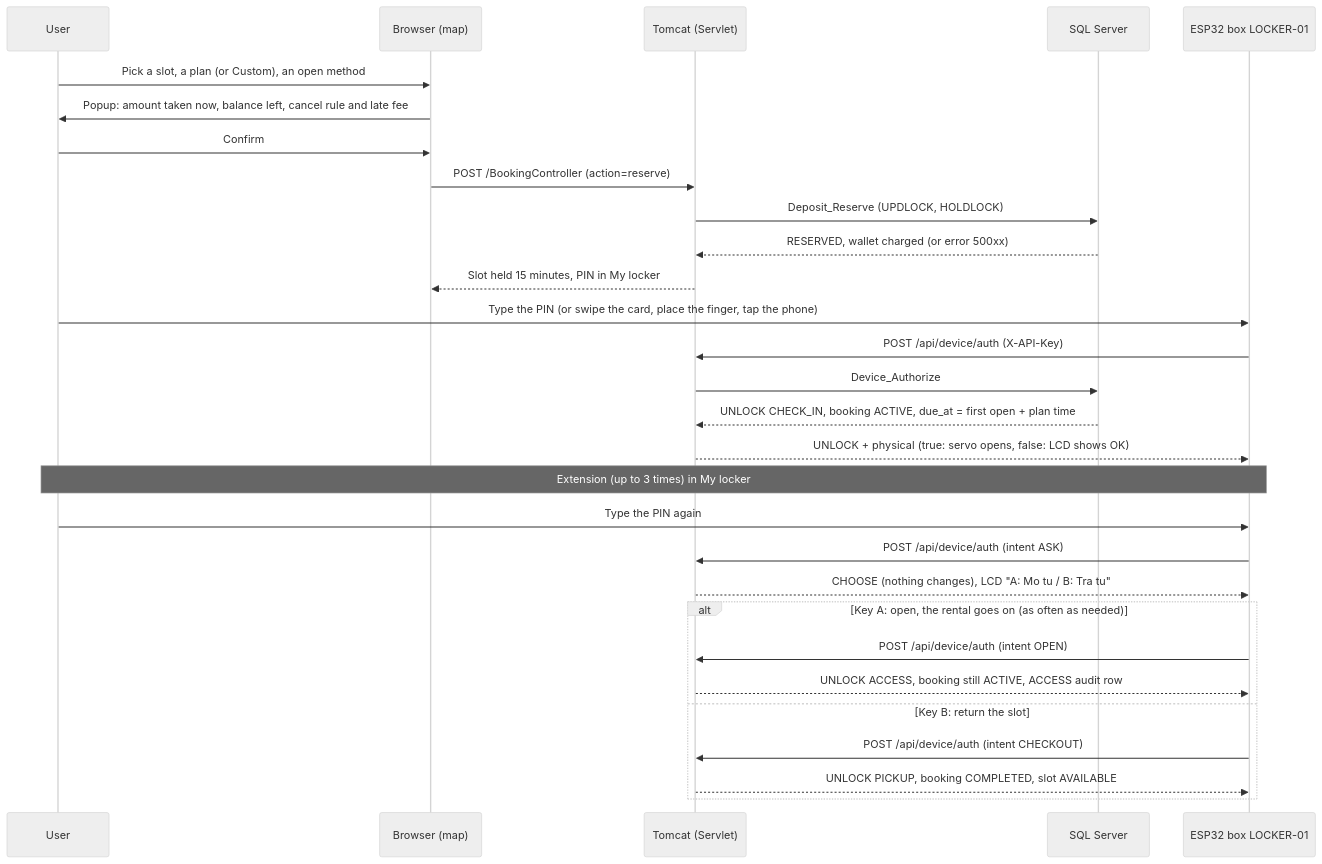
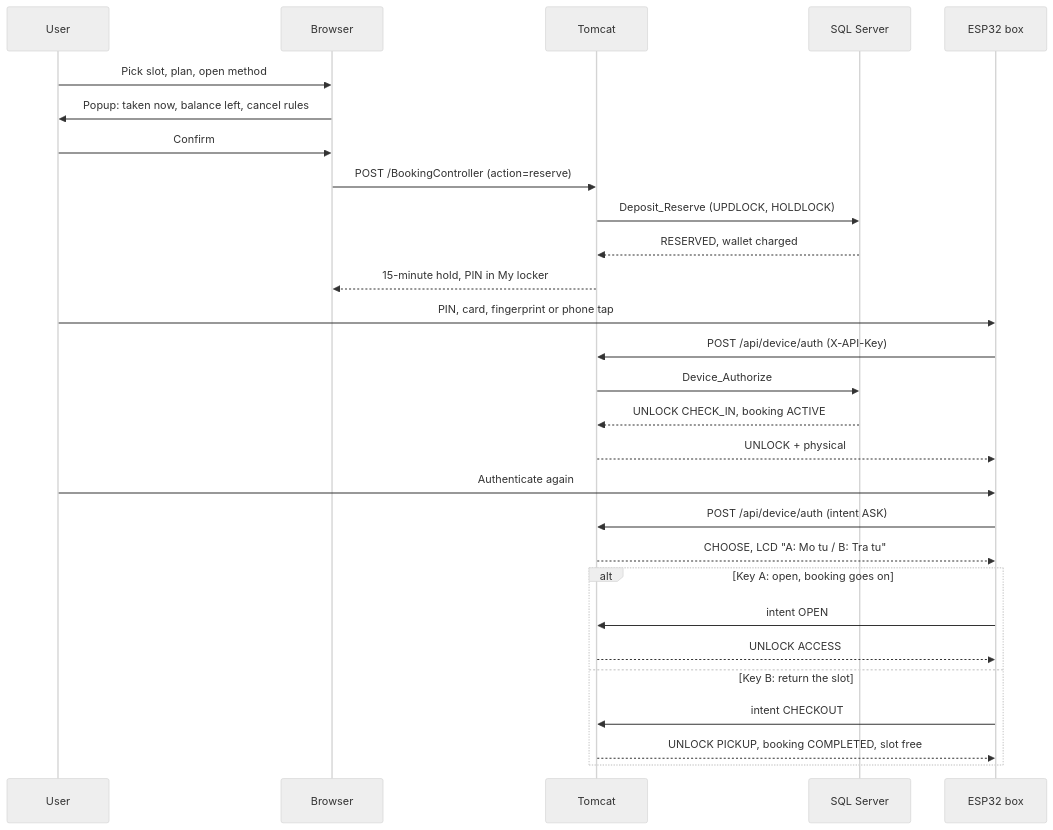
Before and after one commit to HoangDuc1003/SmartLocker: the first of 4 diagrams in README.en.md, drawn with Mermaid (neutral theme). The commit also changed other lines of this file and 1 other file, not shown here.

````diff
--- a/README.en.md
+++ b/README.en.md
@@ -315,32 +295,31 @@
 ```mermaid
 sequenceDiagram
     participant U as User
-    participant W as Browser (map)
-    participant S as Tomcat (Servlet)
+    participant W as Browser
+    participant S as Tomcat
     participant D as SQL Server
-    participant B as ESP32 box LOCKER-01
+    participant B as ESP32 box
 
-    U->>W: Pick a slot, a plan (or Custom), an open method
-    W->>U: Popup: amount taken now, balance left, cancel rule and late fee
+    U->>W: Pick slot, plan, open method
+    W->>U: Popup: taken now, balance left, cancel rules
     U->>W: Confirm
     W->>S: POST /BookingController (action=reserve)
     S->>D: Deposit_Reserve (UPDLOCK, HOLDLOCK)
-    D-->>S: RESERVED, wallet charged (or error 500xx)
-    S-->>W: Slot held 15 minutes, PIN in My locker
-    U->>B: Type the PIN (or swipe the card, place the finger, tap the phone)
+    D-->>S: RESERVED, wallet charged
+    S-->>W: 15-minute hold, PIN in My locker
+    U->>B: PIN, card, fingerprint or phone tap
     B->>S: POST /api/device/auth (X-API-Key)
     S->>D: Device_Authorize
-    D-->>S: UNLOCK CHECK_IN, booking ACTIVE, due_at = first open + plan time
-    S-->>B: UNLOCK + physical (true: servo opens, false: LCD shows OK)
-    Note over U,B: Extension (up to 3 times) in My locker
-    U->>B: Type the PIN again
+    D-->>S: UNLOCK CHECK_IN, booking ACTIVE
+    S-->>B: UNLOCK + physical
+    U->>B: Authenticate again
     B->>S: POST /api/device/auth (intent ASK)
-    S-->>B: CHOOSE (nothing changes), LCD "A: Mo tu / B: Tra tu"
-    alt Key A: open, the rental goes on (as often as needed)
-        B->>S: POST /api/device/auth (intent OPEN)
-        S-->>B: UNLOCK ACCESS, booking still ACTIVE, ACCESS audit row
+    S-->>B: CHOOSE, LCD "A: Mo tu / B: Tra tu"
+    alt Key A: open, booking goes on
+        B->>S: intent OPEN
+        S-->>B: UNLOCK ACCESS
     else Key B: return the slot
-        B->>S: POST /api/device/auth (intent CHECKOUT)
-        S-->>B: UNLOCK PICKUP, booking COMPLETED, slot AVAILABLE
+        B->>S: intent CHECKOUT
+        S-->>B: UNLOCK PICKUP, booking COMPLETED, slot free
     end
 ```
````
